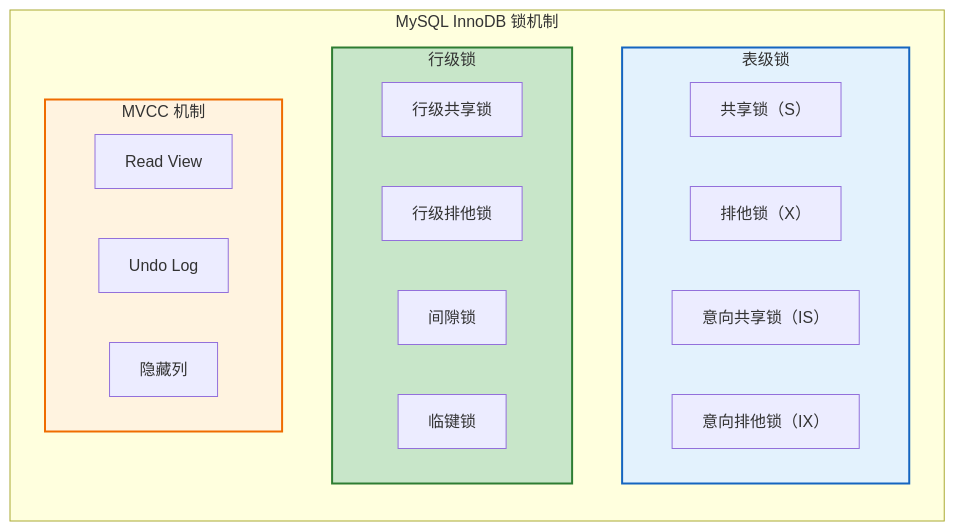
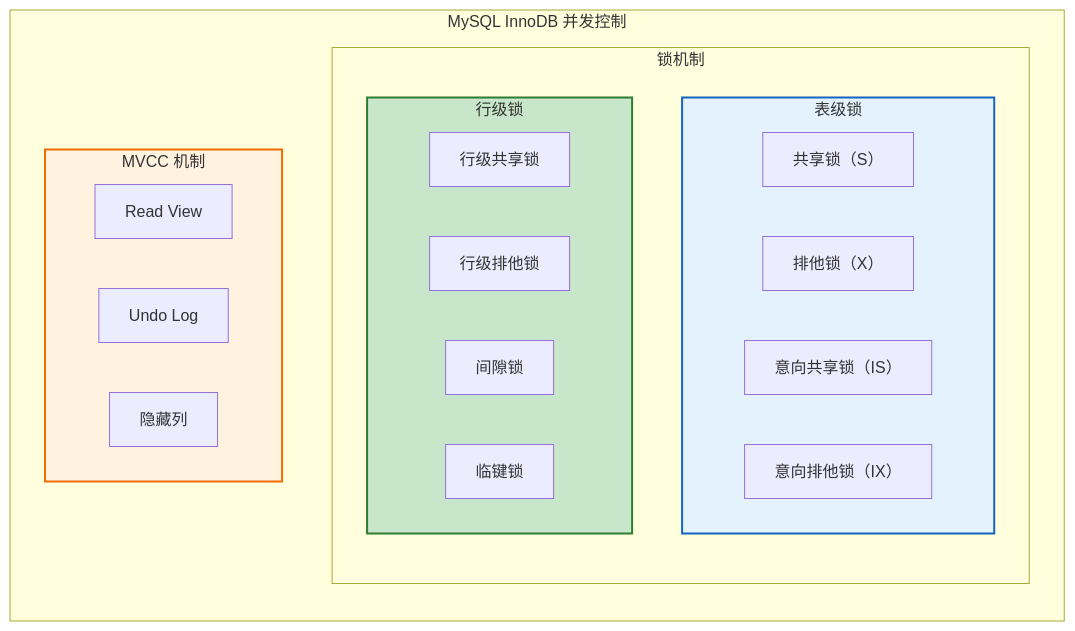
One commit to watslab/interview_doc changed the seventh of 7 diagrams in document/MySQL/MySQL 多粒度锁机制详解.md. Above: the diagram before and after it, drawn with Mermaid. The commit also changed other lines of this file and 4 other files, not shown here.

````diff
--- a/document/MySQL/MySQL 多粒度锁机制详解.md
+++ b/document/MySQL/MySQL 多粒度锁机制详解.md
@@ -357,33 +357,37 @@
 ```mermaid
 flowchart TB
-    subgraph MySQLLock["MySQL InnoDB 锁机制"]
+    subgraph ConcurrencyControl["MySQL InnoDB 并发控制"]
         direction TB
         
-        subgraph TableLevel["表级锁"]
-            direction LR
-            TS["共享锁（S）"]
-            TX["排他锁（X）"]
-            TIS["意向共享锁（IS）"]
-            TIX["意向排他锁（IX）"]
-        end
-        
-        subgraph RowLevel["行级锁"]
-            direction LR
-            RS["行级共享锁"]
-            RX["行级排他锁"]
-            Gap["间隙锁"]
-            NextKey["临键锁"]
+        subgraph LockMechanism["锁机制"]
+            direction TB
+            
+            subgraph TableLevel["表级锁"]
+                direction LR
+                TS["共享锁（S）"]
+                TX["排他锁（X）"]
+                TIS["意向共享锁（IS）"]
+                TIX["意向排他锁（IX）"]
+            end
+            
+            subgraph RowLevel["行级锁"]
+                direction LR
+                RS["行级共享锁"]
+                RX["行级排他锁"]
+                Gap["间隙锁"]
+                NextKey["临键锁"]
+            end
         end
         
         subgraph MVCCMechanism["MVCC 机制"]
             direction LR
             RV["Read View"]
             UL["Undo Log"]
             VC["隐藏列"]
         end
     end
     
     style TableLevel fill:#e3f2fd,stroke:#1565c0,stroke-width:2px
     style RowLevel fill:#c8e6c9,stroke:#2e7d32,stroke-width:2px
     style MVCCMechanism fill:#fff3e0,stroke:#ef6c00,stroke-width:2px
 ```
````
